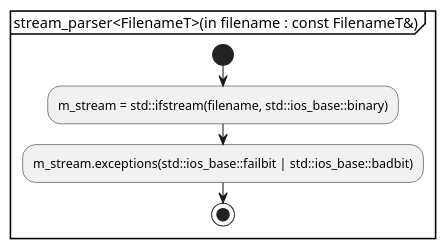
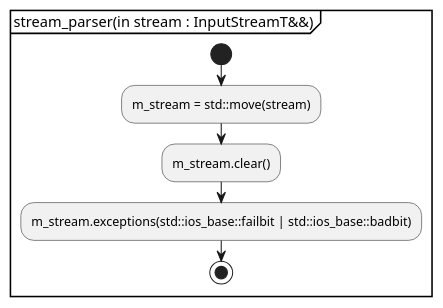
One commit to KodaiYM/PDFReader changed the first of 15 diagrams in document/stream_parser.activity.pu. Above: the diagram before and after it, drawn with PlantUML. The commit also changed other lines of this file and 21 other files, not shown here.

```diff
--- a/document/stream_parser.activity.pu
+++ b/document/stream_parser.activity.pu
@@ -1,8 +1,9 @@
 @startuml stream_parser
-partition "stream_parser<FilenameT>(in filename : const FilenameT&)" {
+partition "stream_parser(in stream : InputStreamT&&)" {
 start
-	:m_stream = std::ifstream(filename, std::ios_base::binary);
+	:m_stream = std::move(stream);
+	:m_stream.clear();
 	:m_stream.exceptions(std::ios_base::failbit | std::ios_base::badbit);
 stop
 }
 @enduml
```
